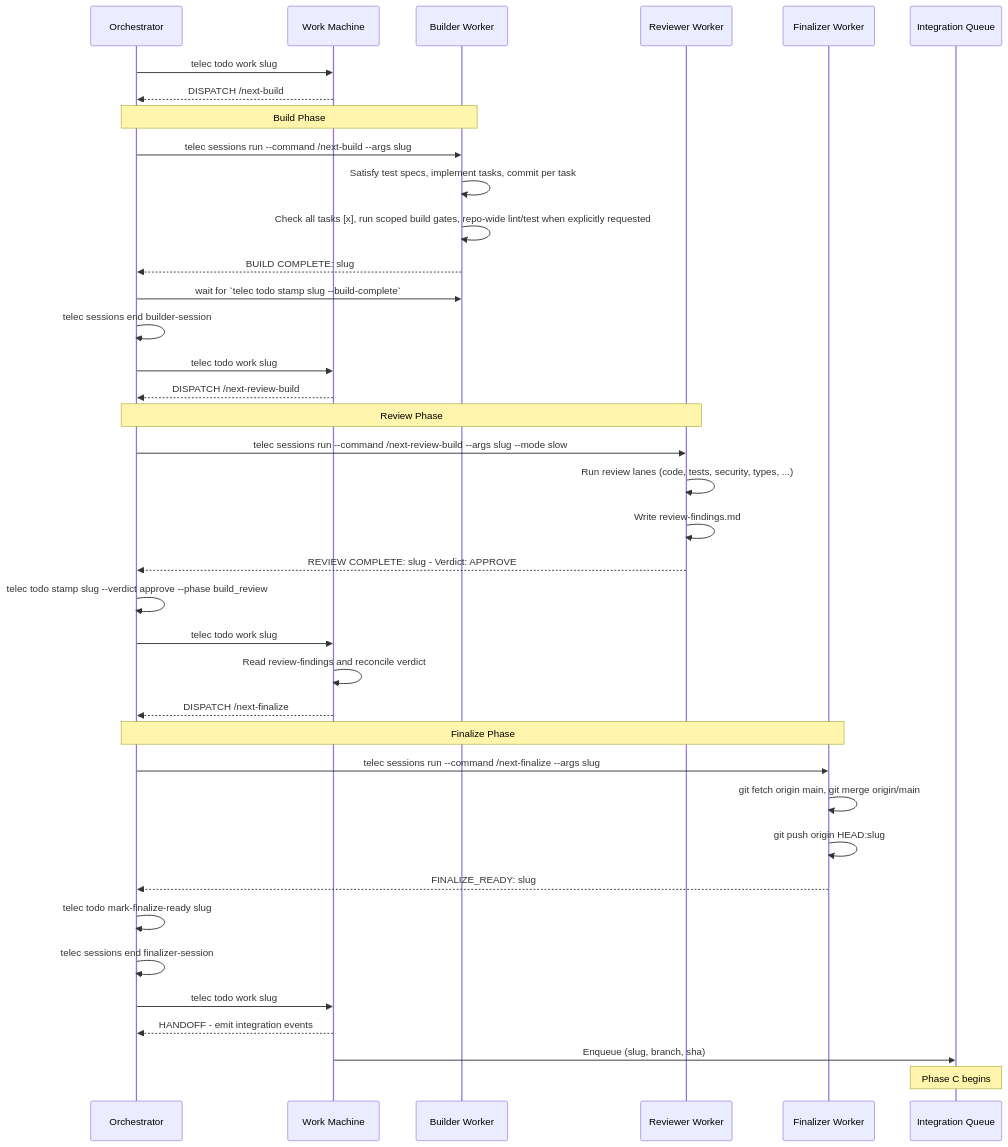
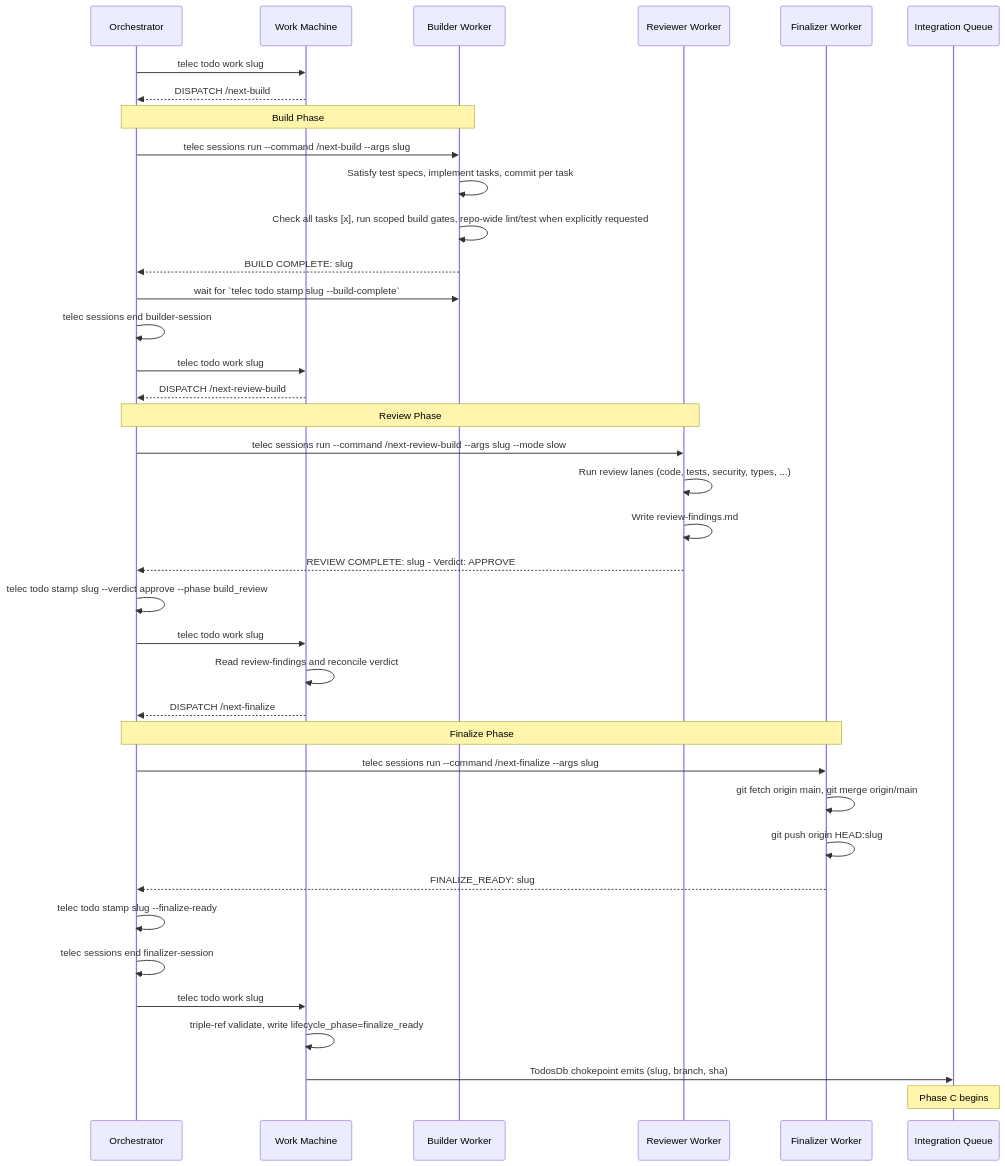
The fourth of 5 diagrams in docs/project/design/architecture/work-state-machine.md (InstruktAI/TeleClaude), drawn with Mermaid before and after one commit. The commit also changed other lines of this file and 38 other files, not shown here.

````diff
--- a/docs/project/design/architecture/work-state-machine.md
+++ b/docs/project/design/architecture/work-state-machine.md
@@ -184,47 +186,47 @@
 ```mermaid
 sequenceDiagram
     participant O as Orchestrator
     participant SM as Work Machine
     participant B as Builder Worker
     participant R as Reviewer Worker
     participant F as Finalizer Worker
     participant I as Integration Queue
 
     O->>SM: telec todo work slug
     SM-->>O: DISPATCH /next-build
 
     Note over O,B: Build Phase
     O->>B: telec sessions run --command /next-build --args slug
     B->>B: Satisfy test specs, implement tasks, commit per task
     B->>B: Check all tasks [x], run scoped build gates, repo-wide lint/test when explicitly requested
     B-->>O: BUILD COMPLETE: slug
     O->>B: wait for `telec todo stamp slug --build-complete`
     O->>O: telec sessions end builder-session
 
     O->>SM: telec todo work slug
     SM-->>O: DISPATCH /next-review-build
 
     Note over O,R: Review Phase
     O->>R: telec sessions run --command /next-review-build --args slug --mode slow
     R->>R: Run review lanes (code, tests, security, types, ...)
     R->>R: Write review-findings.md
     R-->>O: REVIEW COMPLETE: slug - Verdict: APPROVE
     O->>O: telec todo stamp slug --verdict approve --phase build_review
 
     O->>SM: telec todo work slug
     SM->>SM: Read review-findings and reconcile verdict
     SM-->>O: DISPATCH /next-finalize
 
     Note over O,F: Finalize Phase
     O->>F: telec sessions run --command /next-finalize --args slug
     F->>F: git fetch origin main, git merge origin/main
     F->>F: git push origin HEAD:slug
     F-->>O: FINALIZE_READY: slug
-    O->>O: telec todo mark-finalize-ready slug
+    O->>O: telec todo stamp slug --finalize-ready
     O->>O: telec sessions end finalizer-session
 
     O->>SM: telec todo work slug
-    SM-->>O: HANDOFF - emit integration events
-    SM->>I: Enqueue (slug, branch, sha)
+    SM->>SM: triple-ref validate, write lifecycle_phase=finalize_ready
+    SM->>I: TodosDb chokepoint emits (slug, branch, sha)
     Note over I: Phase C begins
 ```
````
